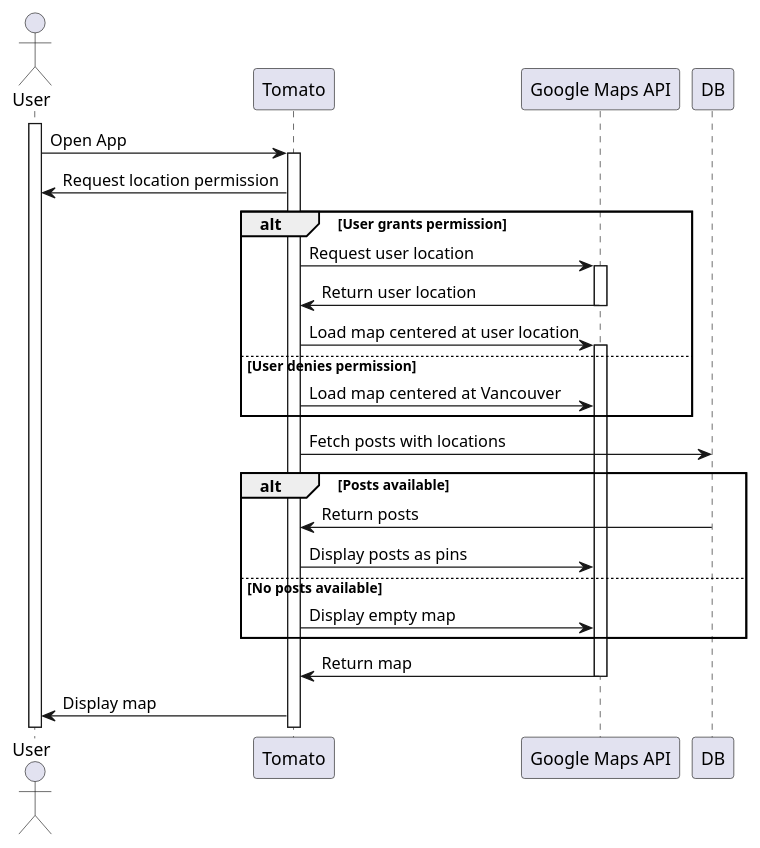
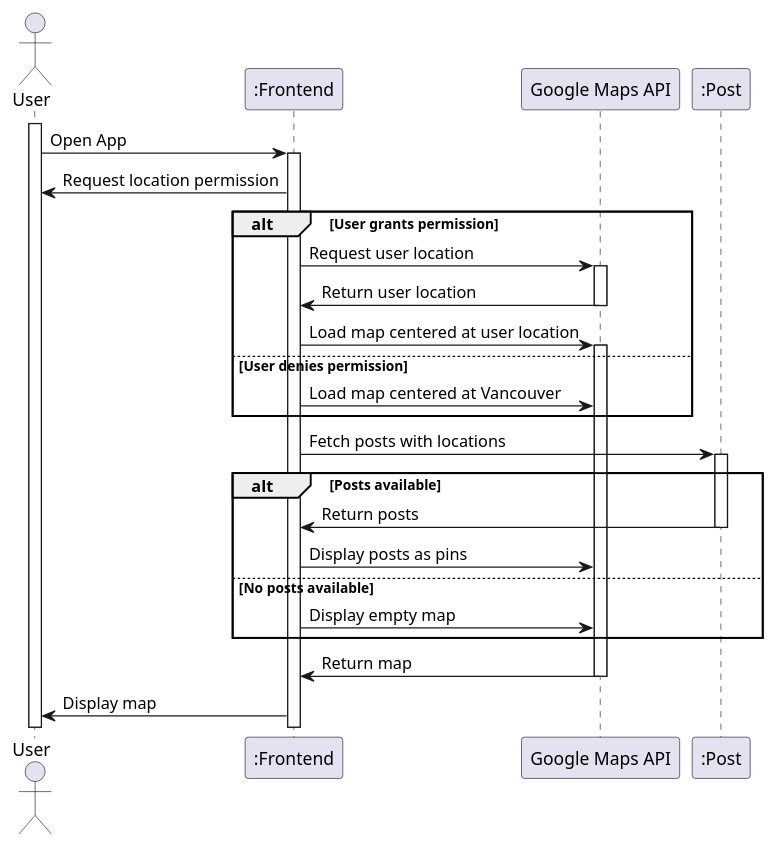
One commit to xuantungbrian/Tomato changed the diagram in plantUML/display_map.puml. Above: the diagram before and after it, drawn with PlantUML. The commit also changed 11 other files, not shown here.

Commit message:
Update Sequence Diagrams

```diff
--- a/plantUML/display_map.puml
+++ b/plantUML/display_map.puml
@@ -1,35 +1,38 @@
 @startuml
 
 ' Sequence Diagram: Show Map at User's Location
 actor User
-participant "Tomato" as App
+participant ":Frontend" as App
 participant "Google Maps API" as Maps
+participant ":Post" as DB
 
 activate User
 User -> App: Open App
 activate App
 App -> User: Request location permission
 alt User grants permission
     App -> Maps: Request user location
     activate Maps
     Maps -> App: Return user location
     deactivate Maps
     App -> Maps: Load map centered at user location
     activate Maps
 else User denies permission
     App -> Maps: Load map centered at Vancouver
 end
 
 App -> DB: Fetch posts with locations
+activate DB
 alt Posts available
     DB -> App: Return posts
+    deactivate DB
     App -> Maps: Display posts as pins
 else No posts available
     App -> Maps: Display empty map
 end
 
 Maps -> App: Return map
     deactivate Maps
 App -> User: Display map
 
 @enduml
```
